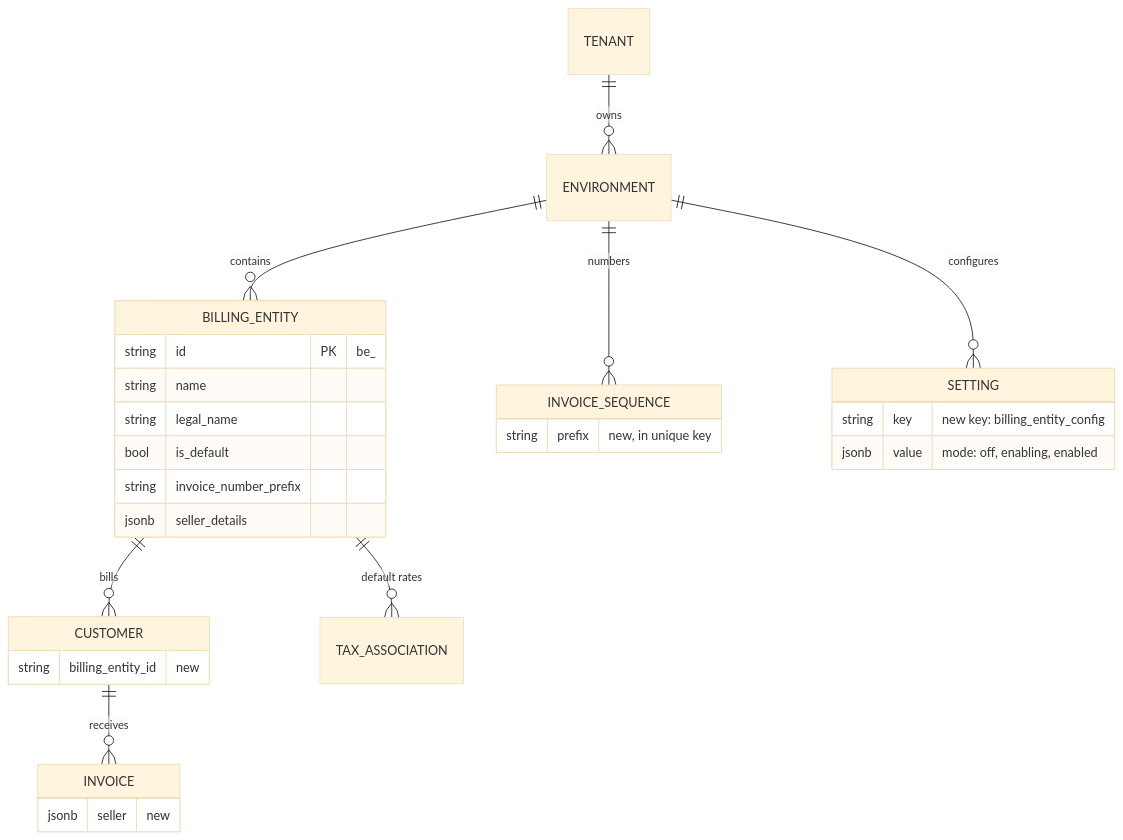
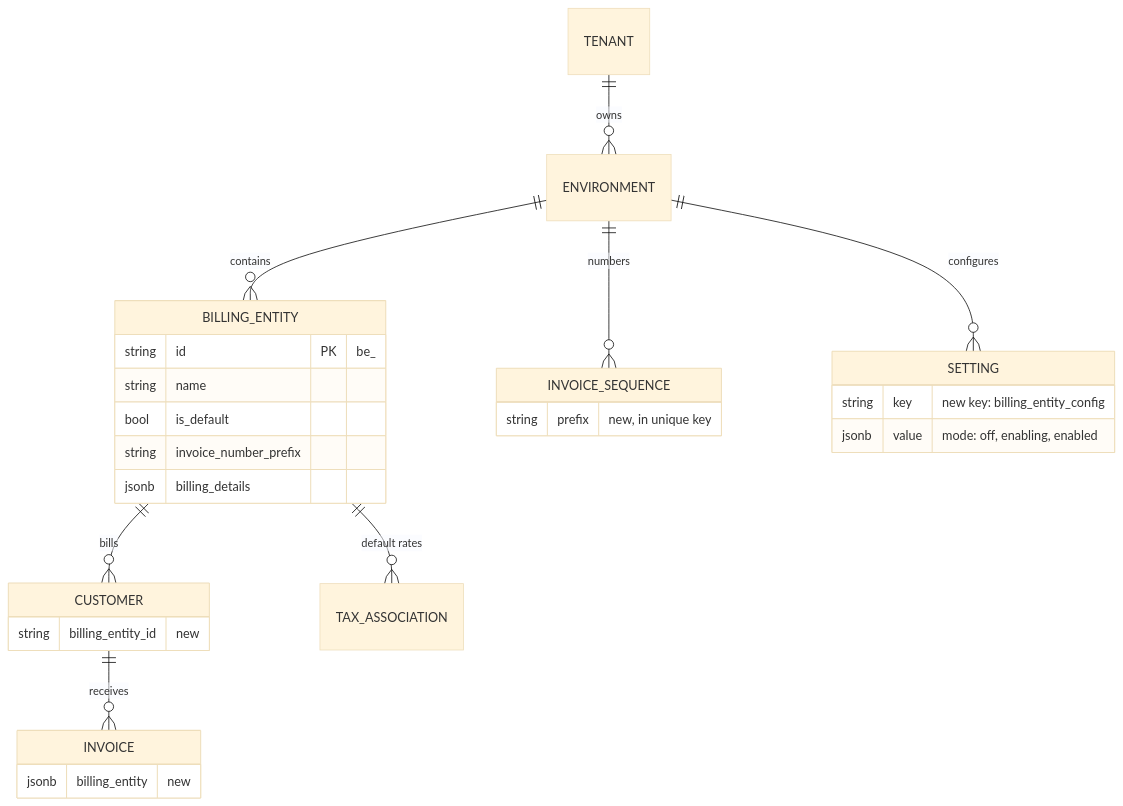
One commit to flexprice/flexprice changed the second of 6 diagrams in docs/design/2026-10-27-billing-entities-p1-erd.md. Above: the diagram before and after it, drawn with Mermaid (base theme). The commit also changed other lines of this file and 39 other files, not shown here.

First line of the commit message:
refactor(billing-entities): billing_details and billing_entity snapshot; drop legal_name

````diff
--- a/docs/design/2026-10-27-billing-entities-p1-erd.md
+++ b/docs/design/2026-10-27-billing-entities-p1-erd.md
@@ -225,31 +225,30 @@
 ```mermaid
 erDiagram
   TENANT ||--o{ ENVIRONMENT : owns
   ENVIRONMENT ||--o{ BILLING_ENTITY : contains
   BILLING_ENTITY ||--o{ CUSTOMER : bills
   BILLING_ENTITY ||--o{ TAX_ASSOCIATION : "default rates"
   CUSTOMER ||--o{ INVOICE : receives
   ENVIRONMENT ||--o{ INVOICE_SEQUENCE : numbers
   ENVIRONMENT ||--o{ SETTING : configures
   SETTING {
     string key "new key: billing_entity_config"
     jsonb value "mode: off, enabling, enabled"
   }
   BILLING_ENTITY {
     string id PK "be_"
     string name
-    string legal_name
     bool is_default
     string invoice_number_prefix
-    jsonb seller_details
+    jsonb billing_details
   }
   CUSTOMER {
     string billing_entity_id "new"
   }
   INVOICE {
-    jsonb seller "new"
+    jsonb billing_entity "new"
   }
   INVOICE_SEQUENCE {
     string prefix "new, in unique key"
   }
 ```
````
